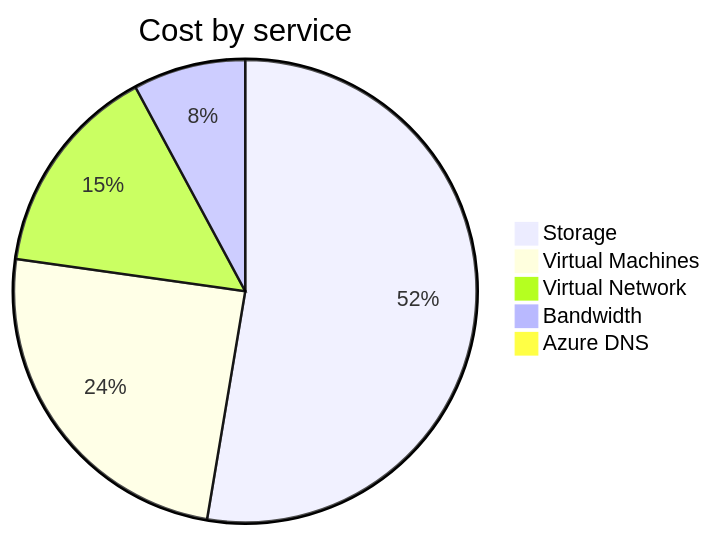
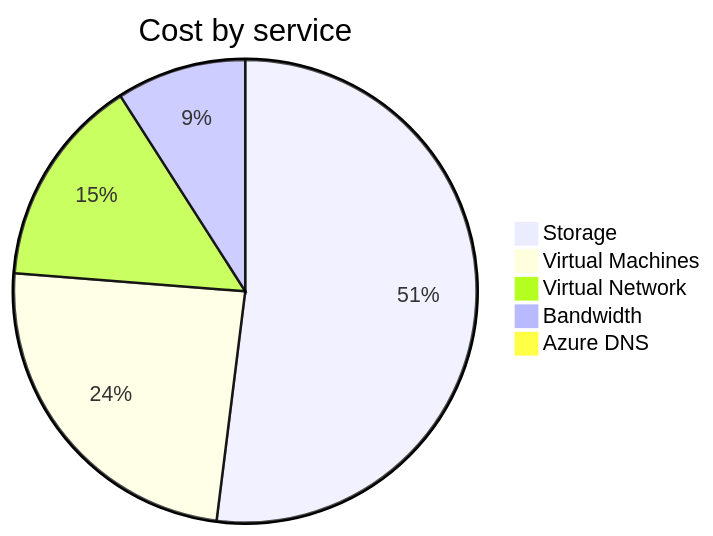
The second of 4 diagrams in cost-reports/personal-network/README.md (jpfulton/azure-personal-reports), drawn with Mermaid before and after one commit. The commit also changed other lines of this file and 8 other files, not shown here.

````diff
--- a/cost-reports/personal-network/README.md
+++ b/cost-reports/personal-network/README.md
@@ -99,9 +99,9 @@
 ```mermaid
 pie
    title Cost by service
-   "Storage" : 23.72
-   "Virtual Machines" : 11.08
-   "Virtual Network" : 6.72
-   "Bandwidth" : 3.54
-   "Azure DNS" : 0.45
+   "Storage" : 24.57
+   "Virtual Machines" : 11.47
+   "Virtual Network" : 6.95
+   "Bandwidth" : 4.28
+   "Azure DNS" : 0.47
 ```
````
